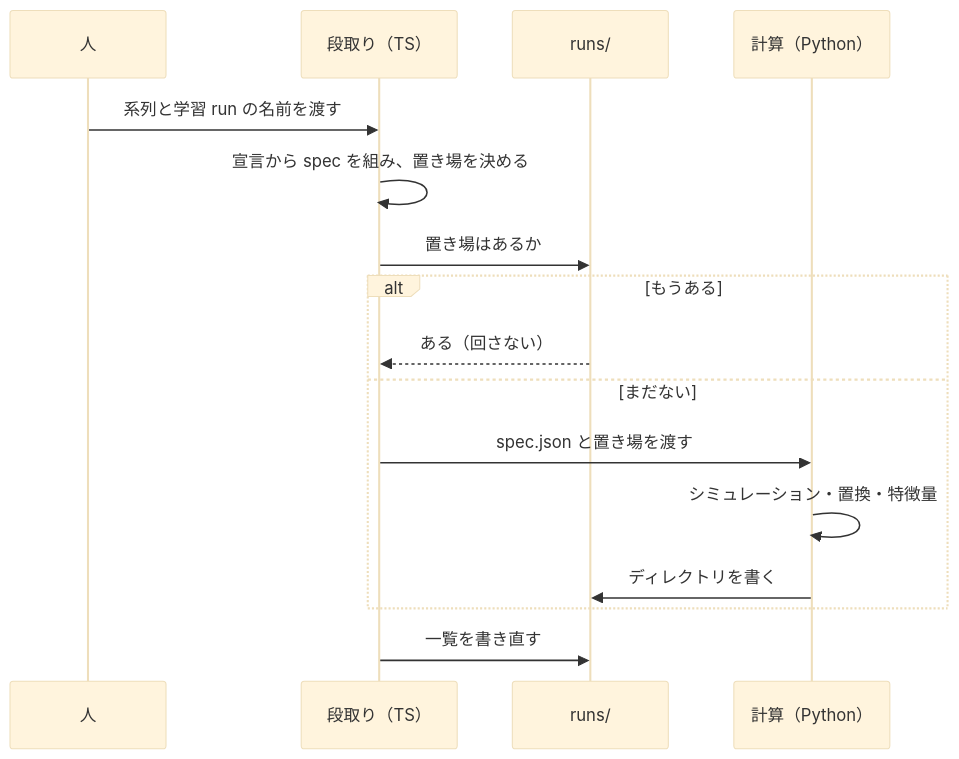
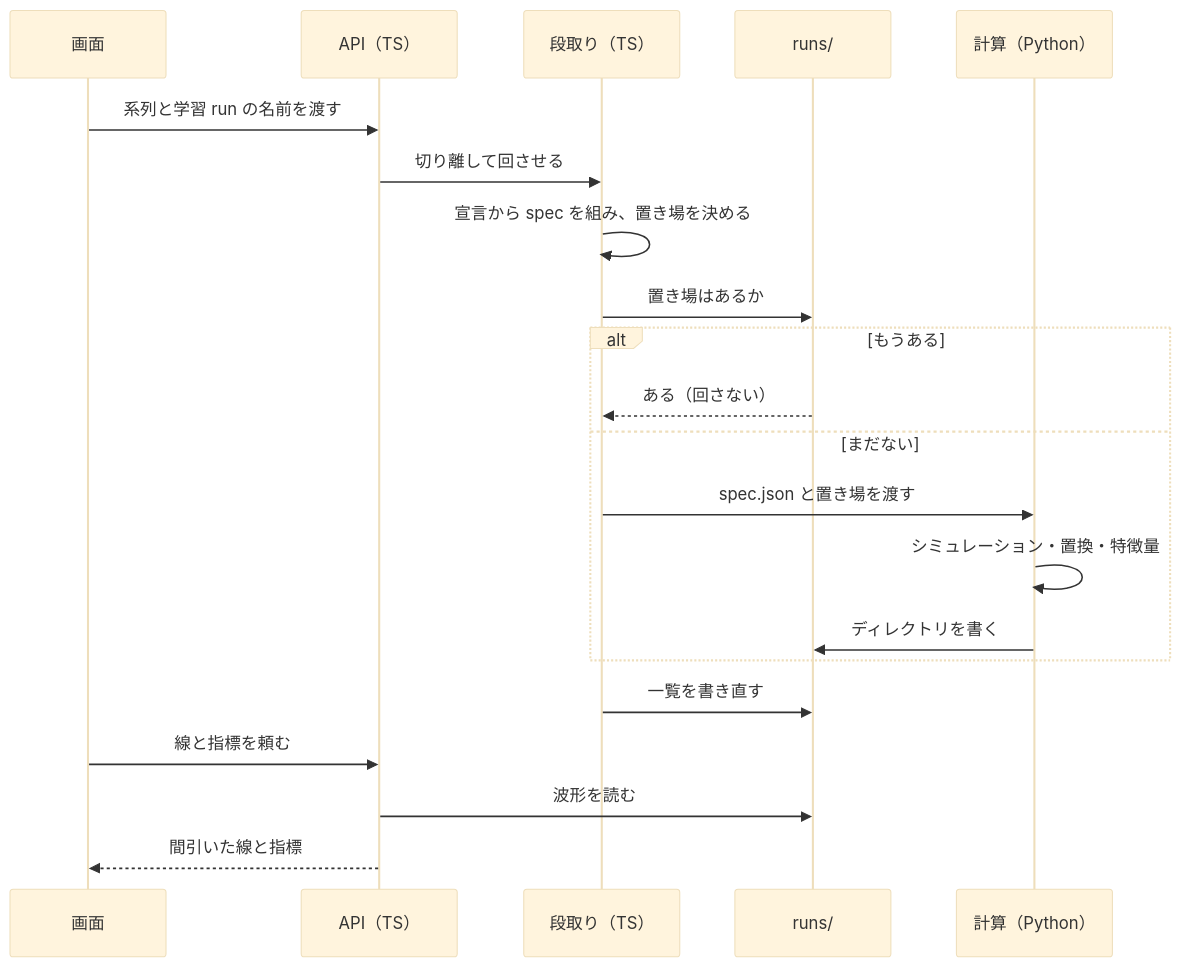
Before and after one commit to MunechikaHaruki/SINDyNeuroSurrogate: the second of 3 diagrams in README.md, drawn with Mermaid (base theme). The commit also changed other lines of this file and 2 other files, not shown here.

Commit message:
Describe the GPU machine, the API and the device in the docs

````diff
--- a/README.md
+++ b/README.md
@@ -42,18 +51,23 @@
 ```mermaid
 sequenceDiagram
-  participant U as 人
+  participant U as 画面
+  participant A as API（TS）
   participant O as 段取り（TS）
   participant R as runs/
   participant P as 計算（Python）
-  U->>O: 系列と学習 run の名前を渡す
+  U->>A: 系列と学習 run の名前を渡す
+  A->>O: 切り離して回させる
   O->>O: 宣言から spec を組み、置き場を決める
   O->>R: 置き場はあるか
   alt もうある
     R-->>O: ある（回さない）
   else まだない
     O->>P: spec.json と置き場を渡す
     P->>P: シミュレーション・置換・特徴量
     P->>R: ディレクトリを書く
   end
   O->>R: 一覧を書き直す
+  U->>A: 線と指標を頼む
+  A->>R: 波形を読む
+  A-->>U: 間引いた線と指標
 ```
````
